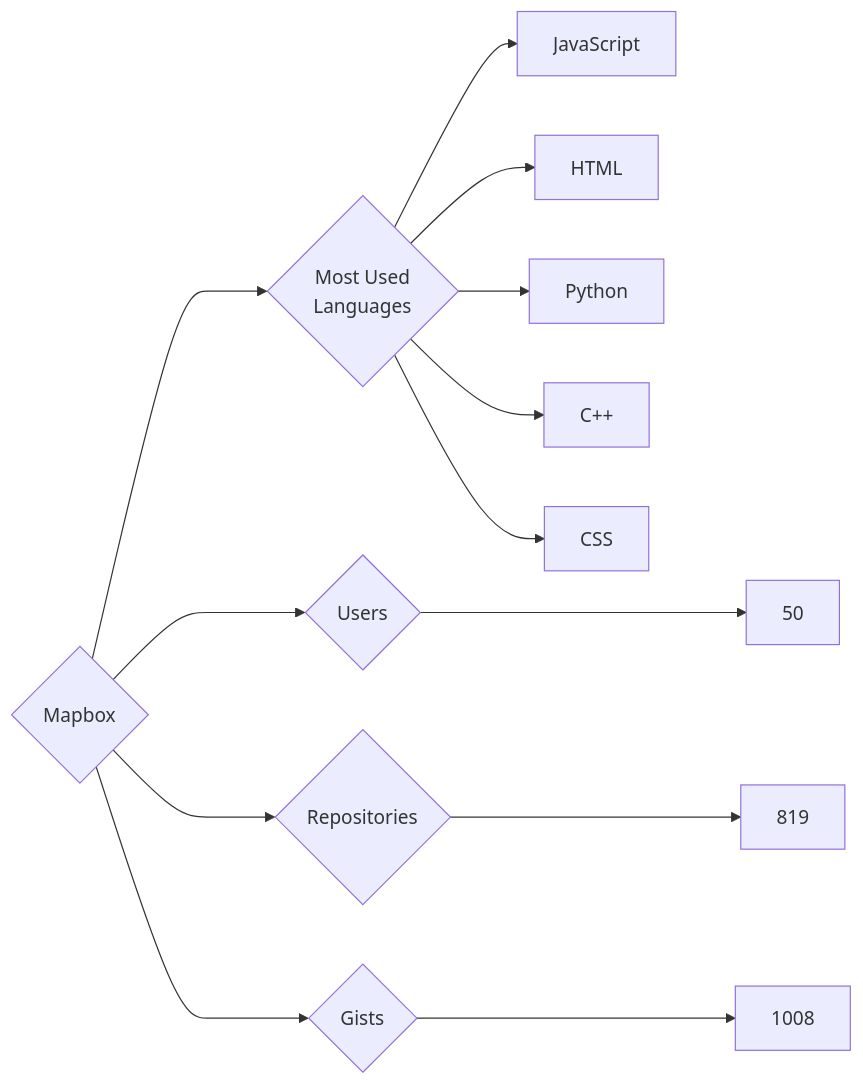
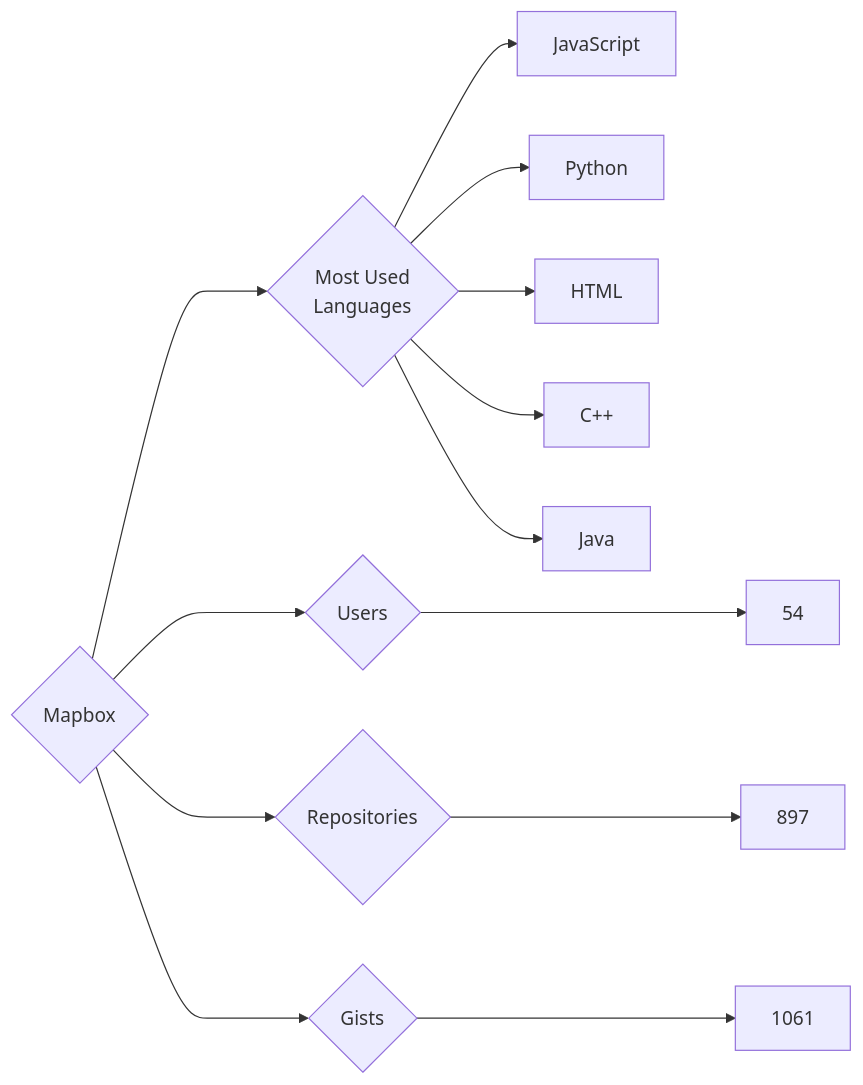
Before and after one commit to trickest/insiders: the diagram in targets/Mapbox/README.md, drawn with Mermaid. The commit also changed 787 other files, not shown here.

````diff
--- a/targets/Mapbox/README.md
+++ b/targets/Mapbox/README.md
@@ -3,13 +3,13 @@
 ```mermaid
 graph LR
 COMPANY_NAME{Mapbox}
-COMPANY_NAME ---> U{Users} ---> UN[50]
-COMPANY_NAME ---> R{Repositories} ---> RN[819]
-COMPANY_NAME ---> G{Gists} ---> GN[1008]
+COMPANY_NAME ---> U{Users} ---> UN[54]
+COMPANY_NAME ---> R{Repositories} ---> RN[897]
+COMPANY_NAME ---> G{Gists} ---> GN[1061]
 COMPANY_NAME ---> ML{Most Used<br>Languages}
 ML --> JavaScript[JavaScript]
+ML --> Python[Python]
 ML --> HTML[HTML]
-ML --> Python[Python]
 ML --> C++[C++]
-ML --> CSS[CSS]
+ML --> Java[Java]
 ```
````
